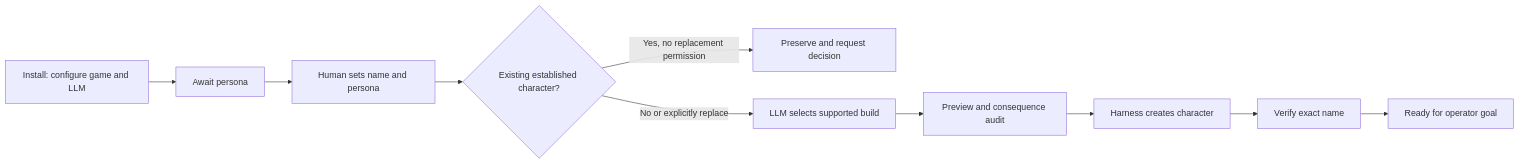
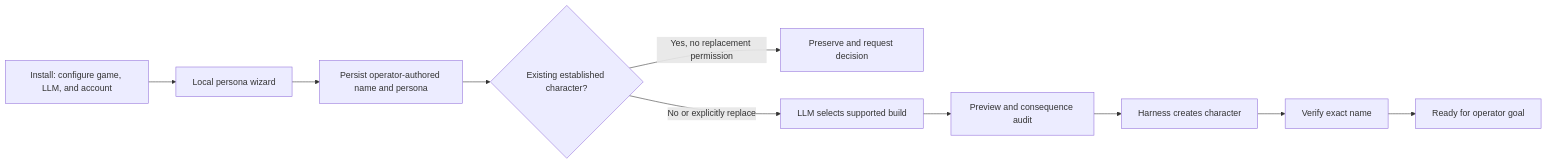
One commit to cpappas213/meridian59-llm-bot changed the diagram in docs/implementation.md. Above: the diagram before and after it, drawn with Mermaid. The commit also changed other lines of this file and 32 other files, not shown here.

````diff
--- a/docs/implementation.md
+++ b/docs/implementation.md
@@ -36,12 +36,12 @@
 ```mermaid
 flowchart LR
-    A["Install: configure game and LLM"] --> B["Await persona"]
-    B --> C["Human sets name and persona"]
+    A["Install: configure game, LLM, and account"] --> B["Local persona wizard"]
+    B --> C["Persist operator-authored name and persona"]
     C --> D{"Existing established character?"}
     D -->|"Yes, no replacement permission"| E["Preserve and request decision"]
     D -->|"No or explicitly replace"| F["LLM selects supported build"]
     F --> G["Preview and consequence audit"]
     G --> H["Harness creates character"]
     H --> I["Verify exact name"]
     I --> J["Ready for operator goal"]
 ```
````
